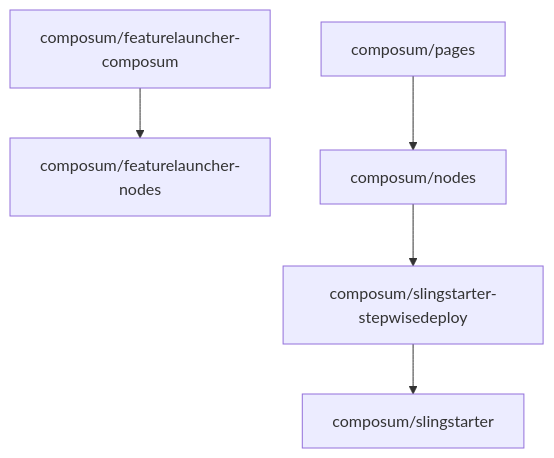
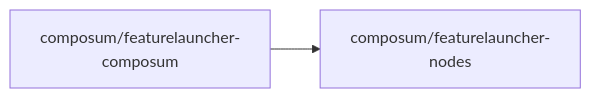
Before and after one commit to ist-dresden/composum-launch: the first of 2 diagrams in Modules.md, drawn with Mermaid. The commit also changed other lines of this file and 9 other files, not shown here.

````diff
--- a/Modules.md
+++ b/Modules.md
@@ -14,7 +17,4 @@
 ```mermaid
-graph TD
+graph LR
     F[composum/featurelauncher-composum] --> E[composum/featurelauncher-nodes]
-    C[composum/slingstarter-stepwisedeploy] --> B[composum/slingstarter]
-    D[composum/nodes] --> C
-    G[composum/pages] --> D
 ```
````
